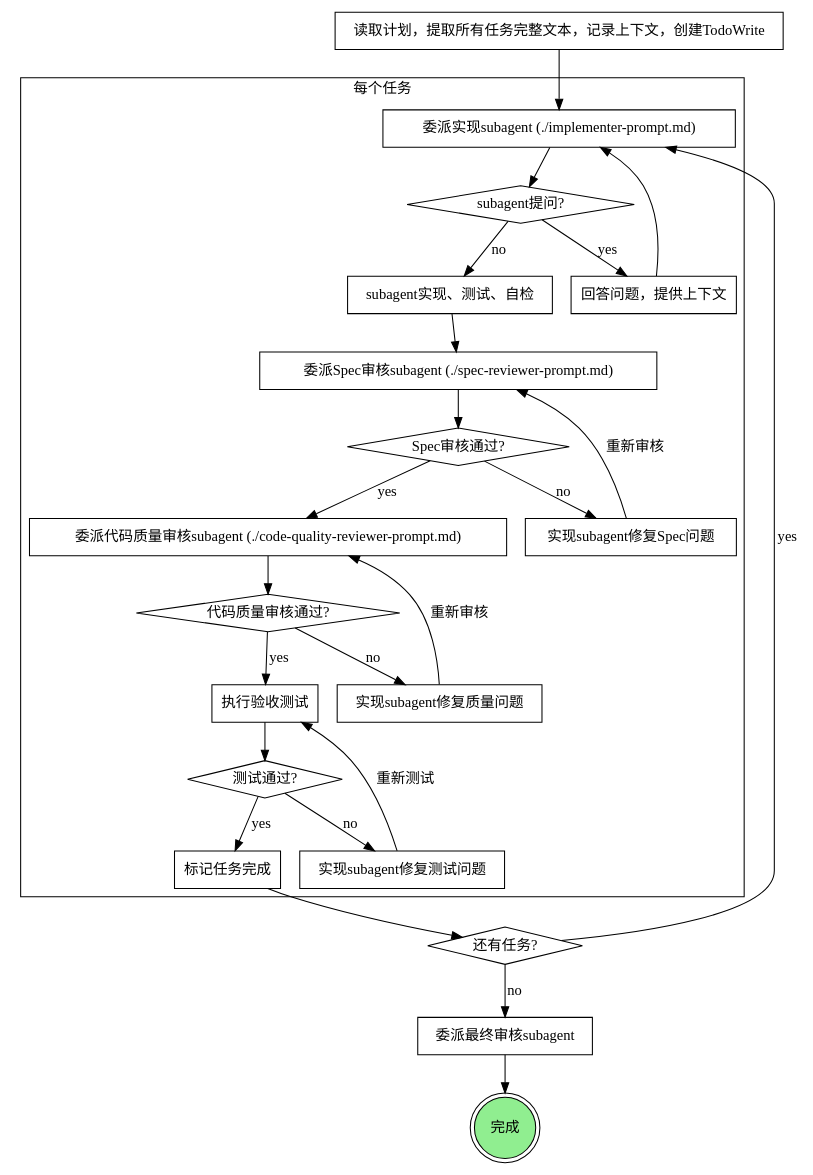
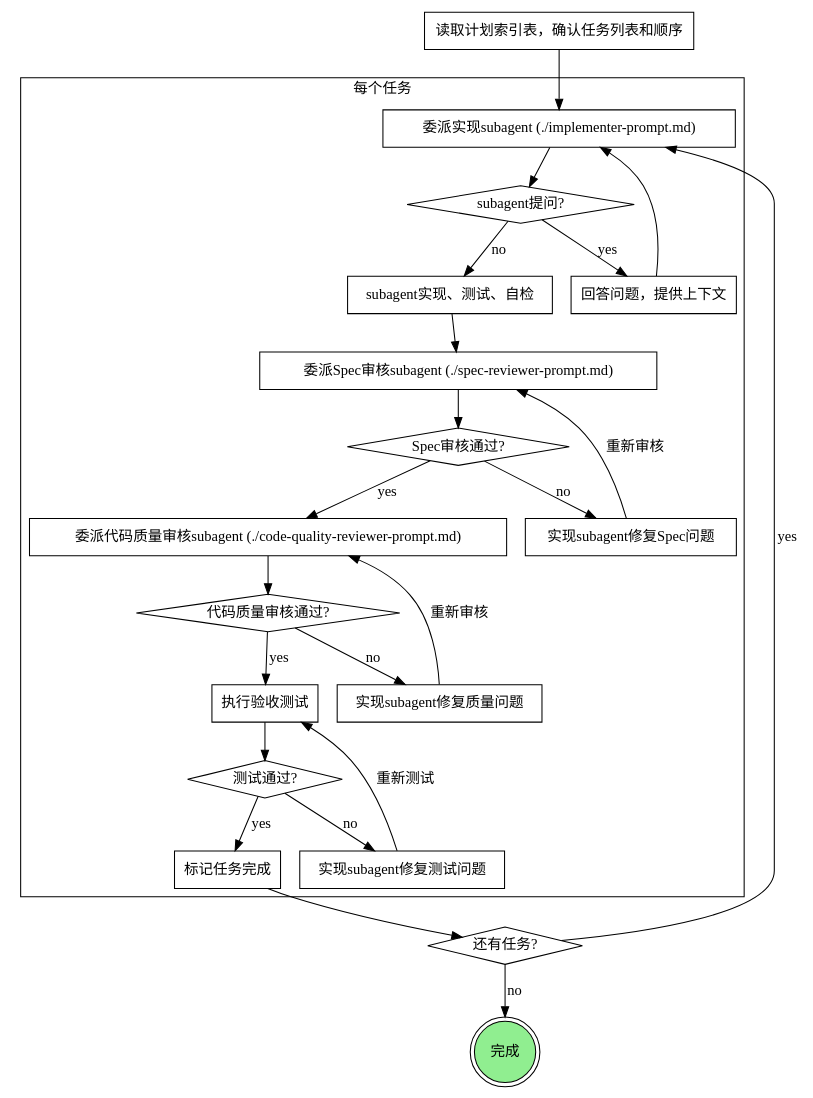
Before and after one commit to ANIAN0/pick-skills: the diagram in skills/plan-execution/SKILL.md, drawn with Graphviz. The commit also changed other lines of this file and 13 other files, not shown here.

````diff
--- a/skills/plan-execution/SKILL.md
+++ b/skills/plan-execution/SKILL.md
@@ -25,51 +42,49 @@
 ```dot
 digraph 计划执行 {
     rankdir=TB;
 
     subgraph cluster_per_task {
         label="每个任务";
         "委派实现subagent (./implementer-prompt.md)" [shape=box];
         "subagent提问?" [shape=diamond];
         "回答问题，提供上下文" [shape=box];
         "subagent实现、测试、自检" [shape=box];
         "委派Spec审核subagent (./spec-reviewer-prompt.md)" [shape=box];
         "Spec审核通过?" [shape=diamond];
         "实现subagent修复Spec问题" [shape=box];
         "委派代码质量审核subagent (./code-quality-reviewer-prompt.md)" [shape=box];
         "代码质量审核通过?" [shape=diamond];
         "实现subagent修复质量问题" [shape=box];
         "执行验收测试" [shape=box];
         "测试通过?" [shape=diamond];
         "实现subagent修复测试问题" [shape=box];
         "标记任务完成" [shape=box];
     }
 
-    "读取计划，提取所有任务完整文本，记录上下文，创建TodoWrite" [shape=box];
+    "读取计划索引表，确认任务列表和顺序" [shape=box];
     "还有任务?" [shape=diamond];
-    "委派最终审核subagent" [shape=box];
     "完成" [shape=doublecircle style=filled fillcolor=lightgreen];
 
-    "读取计划，提取所有任务完整文本，记录上下文，创建TodoWrite" -> "委派实现subagent (./implementer-prompt.md)";
+    "读取计划索引表，确认任务列表和顺序" -> "委派实现subagent (./implementer-prompt.md)";
     "委派实现subagent (./implementer-prompt.md)" -> "subagent提问?";
     "subagent提问?" -> "回答问题，提供上下文" [label="yes"];
     "回答问题，提供上下文" -> "委派实现subagent (./implementer-prompt.md)";
     "subagent提问?" -> "subagent实现、测试、自检" [label="no"];
     "subagent实现、测试、自检" -> "委派Spec审核subagent (./spec-reviewer-prompt.md)";
     "委派Spec审核subagent (./spec-reviewer-prompt.md)" -> "Spec审核通过?";
     "Spec审核通过?" -> "实现subagent修复Spec问题" [label="no"];
     "实现subagent修复Spec问题" -> "委派Spec审核subagent (./spec-reviewer-prompt.md)" [label="重新审核"];
     "Spec审核通过?" -> "委派代码质量审核subagent (./code-quality-reviewer-prompt.md)" [label="yes"];
     "委派代码质量审核subagent (./code-quality-reviewer-prompt.md)" -> "代码质量审核通过?";
     "代码质量审核通过?" -> "实现subagent修复质量问题" [label="no"];
     "实现subagent修复质量问题" -> "委派代码质量审核subagent (./code-quality-reviewer-prompt.md)" [label="重新审核"];
     "代码质量审核通过?" -> "执行验收测试" [label="yes"];
     "执行验收测试" -> "测试通过?";
     "测试通过?" -> "实现subagent修复测试问题" [label="no"];
     "实现subagent修复测试问题" -> "执行验收测试" [label="重新测试"];
     "测试通过?" -> "标记任务完成" [label="yes"];
     "标记任务完成" -> "还有任务?";
     "还有任务?" -> "委派实现subagent (./implementer-prompt.md)" [label="yes"];
-    "还有任务?" -> "委派最终审核subagent" [label="no"];
-    "委派最终审核subagent" -> "完成";
+    "还有任务?" -> "完成" [label="no"];
 }
 ```
````
